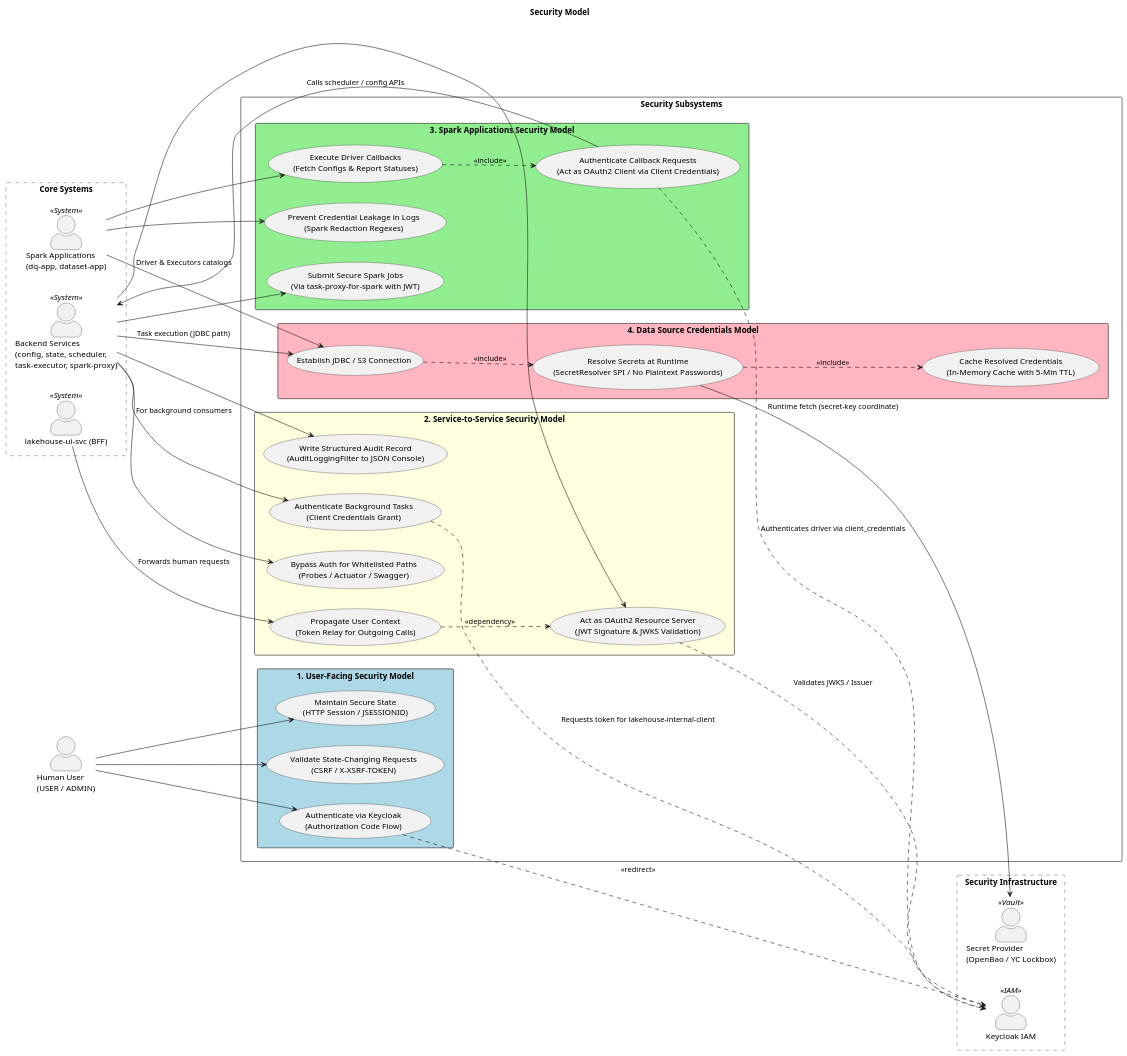
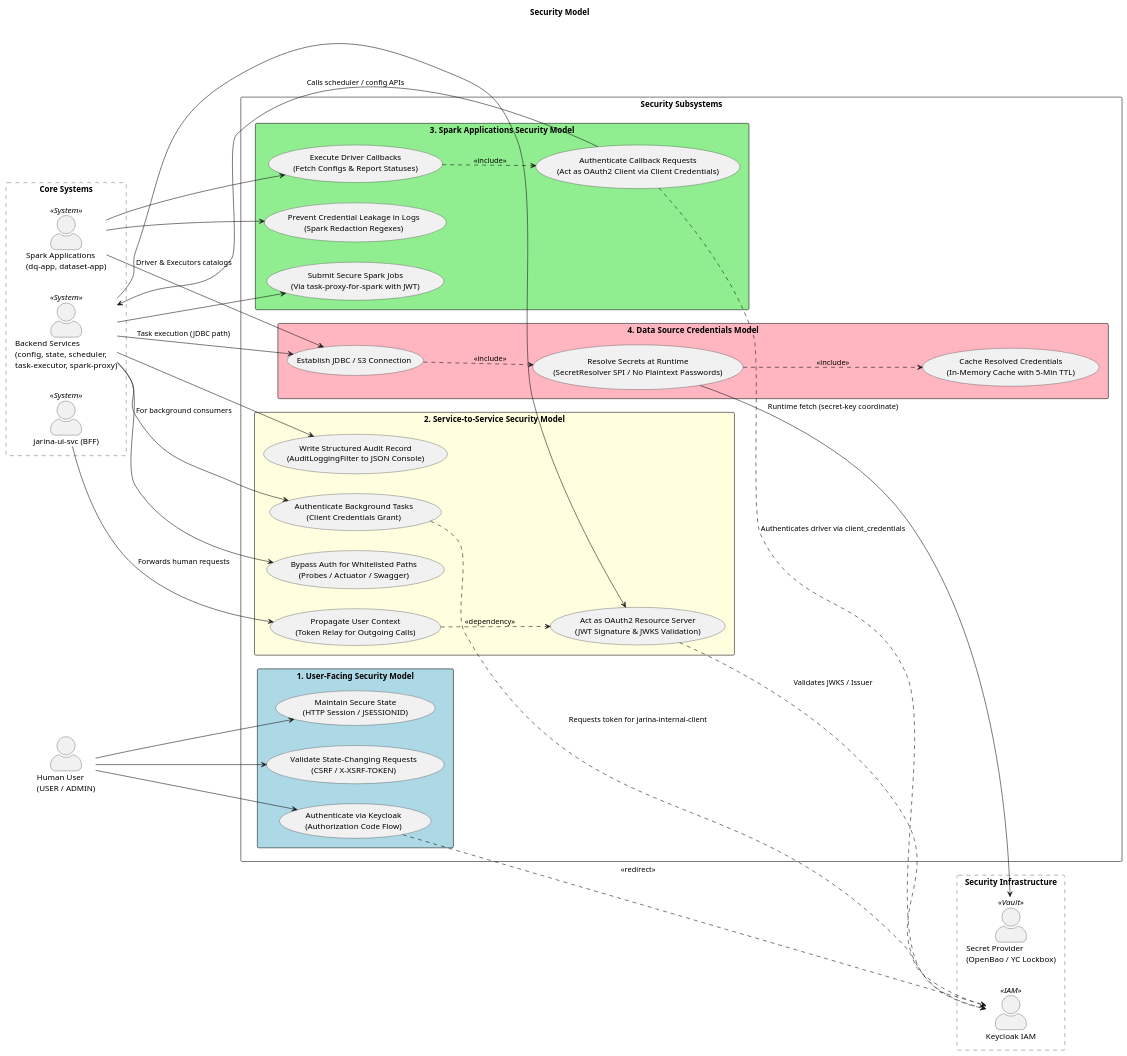
One commit to zaytsevdmitry/lakehouse changed the diagram in doc/security/security_usecases.puml. Above: the diagram before and after it, drawn with PlantUML. The commit also changed 2462 other files, not shown here.

```diff
--- a/doc/security/security_usecases.puml
+++ b/doc/security/security_usecases.puml
@@ -1,92 +1,92 @@
 @startuml
 skinparam actorStyle awesome
 left to right direction
 
 title Security Model
 
 ' --- ACTORS ---
 actor "Human User\n(USER / ADMIN)" as Act_User
 
 rectangle "Core Systems" #line:gray;line.dashed {
-    actor "lakehouse-ui-svc (BFF)" as Act_BFF << System >>
+    actor "jarina-ui-svc (BFF)" as Act_BFF << System >>
     actor "Backend Services\n(config, state, scheduler,\ntask-executor, spark-proxy)" as Act_Backends << System >>
     actor "Spark Applications\n(dq-app, dataset-app)" as Act_SparkApps << System >>
 }
 
 rectangle "Security Infrastructure" #line:gray;line.dashed {
     actor "Keycloak IAM" as Act_Keycloak << IAM >>
     actor "Secret Provider\n(OpenBao / YC Lockbox)" as Act_Vault << Vault >>
 }
 
 ' --- SYSTEM BOUNDARY ---
 rectangle "Security Subsystems" {
 
     ' 1. USER-FACING SECURITY
     rectangle "1. User-Facing Security Model" #LightBlue {
         usecase "Authenticate via Keycloak\n(Authorization Code Flow)" as UC_AuthCode
         usecase "Maintain Secure State\n(HTTP Session / JSESSIONID)" as UC_Session
         usecase "Validate State-Changing Requests\n(CSRF / X-XSRF-TOKEN)" as UC_Csrf
     }
 
     ' 2. SERVICE-TO-SERVICE SECURITY
     rectangle "2. Service-to-Service Security Model" #LightYellow {
         usecase "Act as OAuth2 Resource Server\n(JWT Signature & JWKS Validation)" as UC_ResourceServer
         usecase "Propagate User Context\n(Token Relay for Outgoing Calls)" as UC_TokenRelay
         usecase "Authenticate Background Tasks\n(Client Credentials Grant)" as UC_ClientCred
         usecase "Bypass Auth for Whitelisted Paths\n(Probes / Actuator / Swagger)" as UC_Whitelist
         usecase "Write Structured Audit Record\n(AuditLoggingFilter to JSON Console)" as UC_Audit
     }
 
     ' 3. SPARK APPLICATIONS SECURITY
     rectangle "3. Spark Applications Security Model" #LightGreen {
         usecase "Submit Secure Spark Jobs\n(Via task-proxy-for-spark with JWT)" as UC_SubmitSpark
         usecase "Execute Driver Callbacks\n(Fetch Configs & Report Statuses)" as UC_SparkCallback
         usecase "Authenticate Callback Requests\n(Act as OAuth2 Client via Client Credentials)" as UC_SparkAuth
         usecase "Prevent Credential Leakage in Logs\n(Spark Redaction Regexes)" as UC_Redact
     }
 
     ' 4. DATA SOURCE CREDENTIALS SECURITY
     rectangle "4. Data Source Credentials Model" #LightPink {
         usecase "Establish JDBC / S3 Connection" as UC_ConnectData
         usecase "Resolve Secrets at Runtime\n(SecretResolver SPI / No Plaintext Passwords)" as UC_ResolveSecrets
         usecase "Cache Resolved Credentials\n(In-Memory Cache with 5-Min TTL)" as UC_CacheSecrets
     }
 }
 
 ' --- RELATIONSHIPS & INTERACTIONS ---
 
 ' Section 1: User-Facing Actions
 Act_User --> UC_AuthCode
 Act_User --> UC_Session
 Act_User --> UC_Csrf
 UC_AuthCode .> Act_Keycloak : <<redirect>>
 
 ' Section 2: Service-to-Service Inter-connections
 Act_BFF --> UC_TokenRelay : "Forwards human requests"
 Act_Backends --> UC_ResourceServer
 Act_Backends --> UC_Whitelist
 Act_Backends --> UC_Audit
 Act_Backends --> UC_ClientCred : "For background consumers"
 
 UC_ResourceServer .> Act_Keycloak : "Validates JWKS / Issuer"
-UC_ClientCred .> Act_Keycloak : "Requests token for lakehouse-internal-client"
+UC_ClientCred .> Act_Keycloak : "Requests token for jarina-internal-client"
 UC_TokenRelay ..> UC_ResourceServer : <<dependency>>
 
 ' Section 3: Spark Apps Connections
 Act_Backends --> UC_SubmitSpark
 Act_SparkApps --> UC_SparkCallback
 Act_SparkApps --> UC_Redact
 
 UC_SparkCallback ..> UC_SparkAuth : <<include>>
 UC_SparkAuth .> Act_Keycloak : "Authenticates driver via client_credentials"
 UC_SparkAuth --> Act_Backends : "Calls scheduler / config APIs"
 
 ' Section 4: Data Source Credentials Connections
 Act_Backends --> UC_ConnectData : "Task execution (JDBC path)"
 Act_SparkApps --> UC_ConnectData : "Driver & Executors catalogs"
 
 UC_ConnectData ..> UC_ResolveSecrets : <<include>>
 UC_ResolveSecrets ..> UC_CacheSecrets : <<include>>
 UC_ResolveSecrets --> Act_Vault : "Runtime fetch (secret-key coordinate)"
 
 @enduml
```
